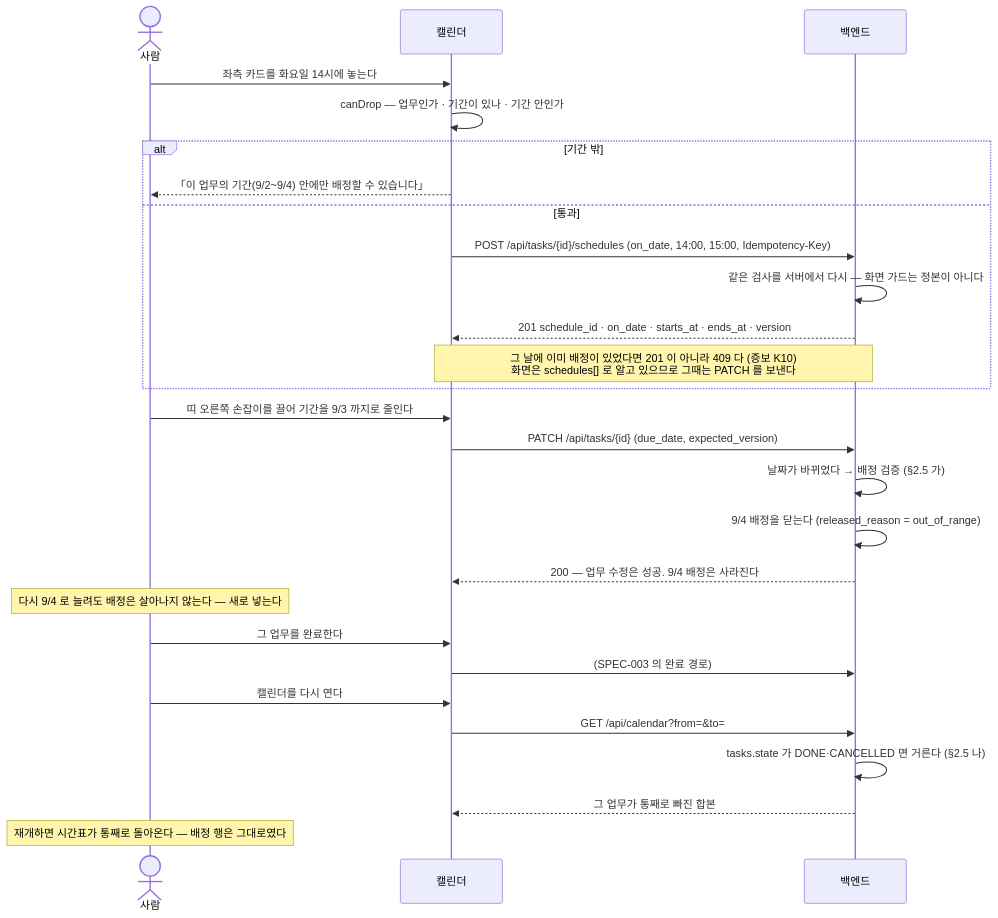
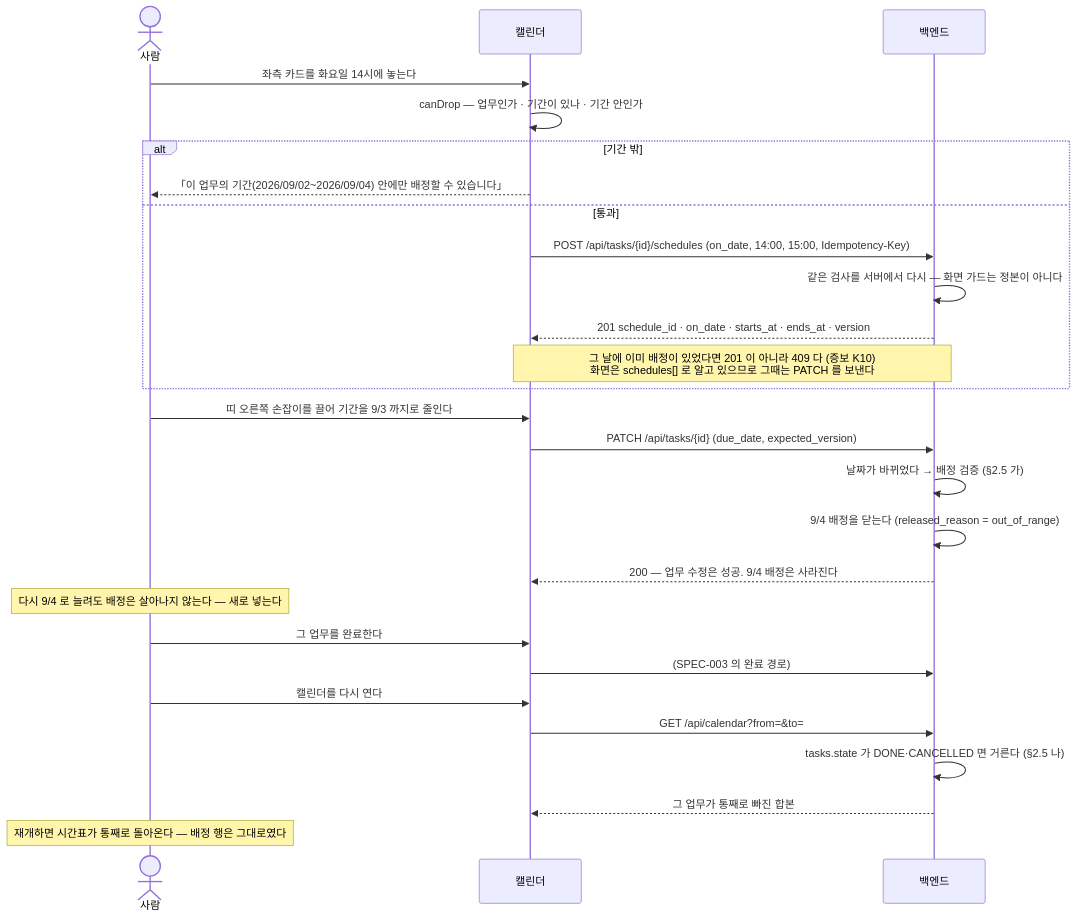
The first of 2 diagrams in para/projects/summer-star/strong-hajin/20-spec/spec-004-calendar-scheduling.md (kknaks/kknaks_profile), drawn with Mermaid before and after one commit. The commit also changed other lines of this file and 8 other files, not shown here.

````diff
--- a/para/projects/summer-star/strong-hajin/20-spec/spec-004-calendar-scheduling.md
+++ b/para/projects/summer-star/strong-hajin/20-spec/spec-004-calendar-scheduling.md
@@ -1072,32 +1079,32 @@
 ```mermaid
 sequenceDiagram
     actor 사람
     participant FE as 캘린더
     participant BE as 백엔드
 
     사람->>FE: 좌측 카드를 화요일 14시에 놓는다
     FE->>FE: canDrop — 업무인가 · 기간이 있나 · 기간 안인가
     alt 기간 밖
-        FE-->>사람: 「이 업무의 기간(9/2~9/4) 안에만 배정할 수 있습니다」
+        FE-->>사람: 「이 업무의 기간(2026/09/02~2026/09/04) 안에만 배정할 수 있습니다」
     else 통과
         FE->>BE: POST /api/tasks/{id}/schedules (on_date, 14:00, 15:00, Idempotency-Key)
         BE->>BE: 같은 검사를 서버에서 다시 — 화면 가드는 정본이 아니다
         BE-->>FE: 201 schedule_id · on_date · starts_at · ends_at · version
         Note over FE,BE: 그 날에 이미 배정이 있었다면 201 이 아니라 409 다 (증보 K10)<br/>화면은 schedules[] 로 알고 있으므로 그때는 PATCH 를 보낸다
     end
 
     사람->>FE: 띠 오른쪽 손잡이를 끌어 기간을 9/3 까지로 줄인다
     FE->>BE: PATCH /api/tasks/{id} (due_date, expected_version)
     BE->>BE: 날짜가 바뀌었다 → 배정 검증 (§2.5 가)
     BE->>BE: 9/4 배정을 닫는다 (released_reason = out_of_range)
     BE-->>FE: 200 — 업무 수정은 성공. 9/4 배정은 사라진다
     Note over 사람: 다시 9/4 로 늘려도 배정은 살아나지 않는다 — 새로 넣는다
 
     사람->>FE: 그 업무를 완료한다
     FE->>BE: (SPEC-003 의 완료 경로)
     사람->>FE: 캘린더를 다시 연다
     FE->>BE: GET /api/calendar?from=&to=
     BE->>BE: tasks.state 가 DONE·CANCELLED 면 거른다 (§2.5 나)
     BE-->>FE: 그 업무가 통째로 빠진 합본
     Note over 사람: 재개하면 시간표가 통째로 돌아온다 — 배정 행은 그대로였다
 ```
````
